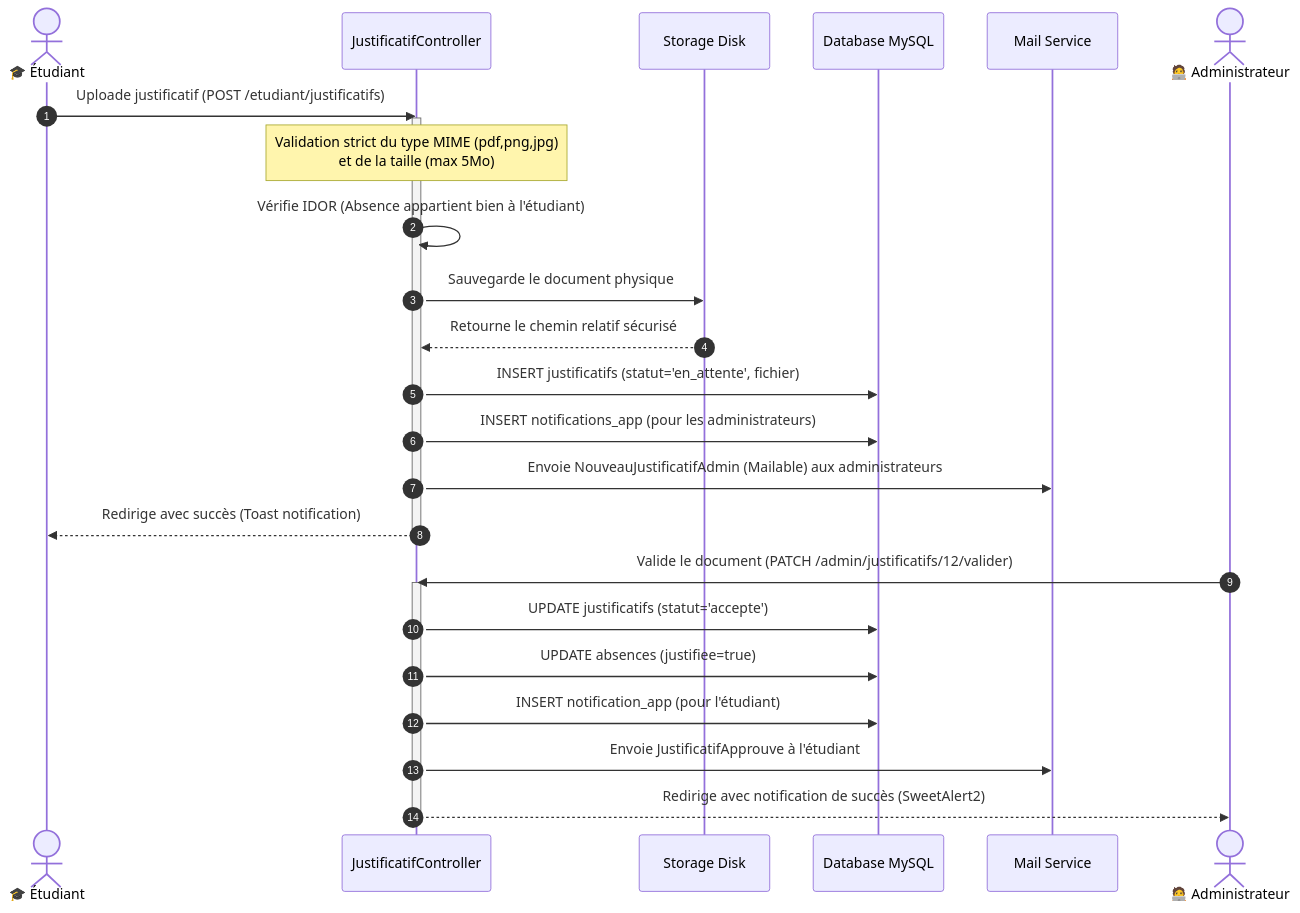
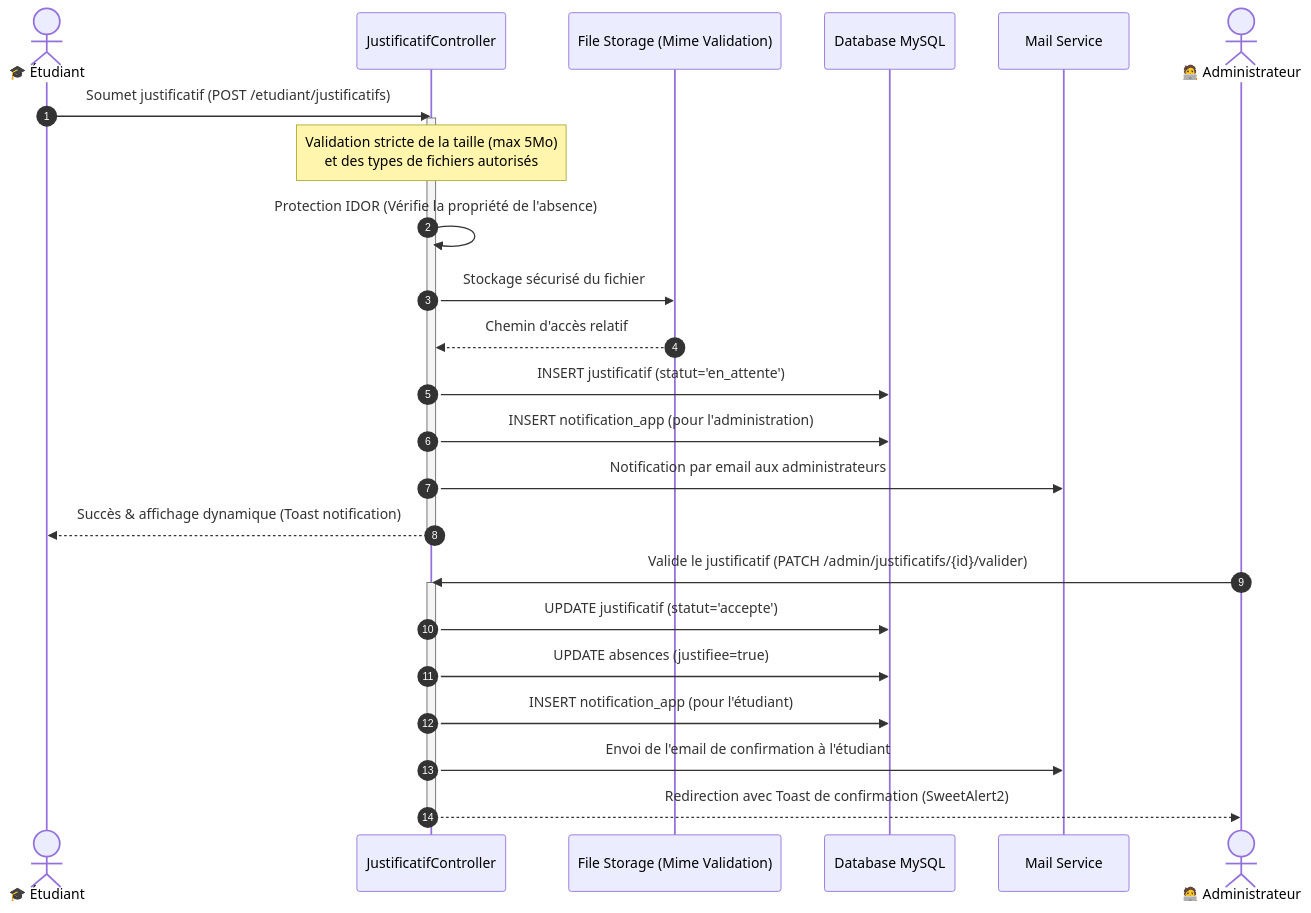
One commit to Amine-NAHLI/gestion-universitaire-upf changed the second of 2 diagrams in README.md. Above: the diagram before and after it, drawn with Mermaid. The commit also changed other lines of this file and 3 other files, not shown here.

````diff
--- a/README.md
+++ b/README.md
@@ -106,33 +109,33 @@
 ```mermaid
 sequenceDiagram
     autonumber
     actor Etudiant as 🎓 Étudiant
     participant Controller as JustificatifController
-    participant Disk as Storage Disk
-    participant BDD as Database MySQL
+    participant Storage as File Storage (Mime Validation)
+    participant DB as Database MySQL
     participant Mail as Mail Service
     actor Admin as 🧑‍💻 Administrateur
 
-    Etudiant->>Controller: Uploade justificatif (POST /etudiant/justificatifs)
+    Etudiant->>Controller: Soumet justificatif (POST /etudiant/justificatifs)
     activate Controller
-    note over Controller: Validation strict du type MIME (pdf,png,jpg)<br/>et de la taille (max 5Mo)
+    note over Controller: Validation stricte de la taille (max 5Mo)<br/>et des types de fichiers autorisés
     
-    Controller->>Controller: Vérifie IDOR (Absence appartient bien à l'étudiant)
-    Controller->>Disk: Sauvegarde le document physique
-    Disk-->>Controller: Retourne le chemin relatif sécurisé
+    Controller->>Controller: Protection IDOR (Vérifie la propriété de l'absence)
+    Controller->>Storage: Stockage sécurisé du fichier
+    Storage-->>Controller: Chemin d'accès relatif
     
-    Controller->>BDD: INSERT justificatifs (statut='en_attente', fichier)
-    Controller->>BDD: INSERT notifications_app (pour les administrateurs)
-    Controller->>Mail: Envoie NouveauJustificatifAdmin (Mailable) aux administrateurs
-    Controller-->>Etudiant: Redirige avec succès (Toast notification)
+    Controller->>DB: INSERT justificatif (statut='en_attente')
+    Controller->>DB: INSERT notification_app (pour l'administration)
+    Controller->>Mail: Notification par email aux administrateurs
+    Controller-->>Etudiant: Succès & affichage dynamique (Toast notification)
     deactivate Controller
     
-    Admin->>Controller: Valide le document (PATCH /admin/justificatifs/12/valider)
+    Admin->>Controller: Valide le justificatif (PATCH /admin/justificatifs/{id}/valider)
     activate Controller
-    Controller->>BDD: UPDATE justificatifs (statut='accepte')
-    Controller->>BDD: UPDATE absences (justifiee=true)
-    Controller->>BDD: INSERT notification_app (pour l'étudiant)
-    Controller->>Mail: Envoie JustificatifApprouve à l'étudiant
-    Controller-->>Admin: Redirige avec notification de succès (SweetAlert2)
+    Controller->>DB: UPDATE justificatif (statut='accepte')
+    Controller->>DB: UPDATE absences (justifiee=true)
+    Controller->>DB: INSERT notification_app (pour l'étudiant)
+    Controller->>Mail: Envoi de l'email de confirmation à l'étudiant
+    Controller-->>Admin: Redirection avec Toast de confirmation (SweetAlert2)
     deactivate Controller
 ```
````
